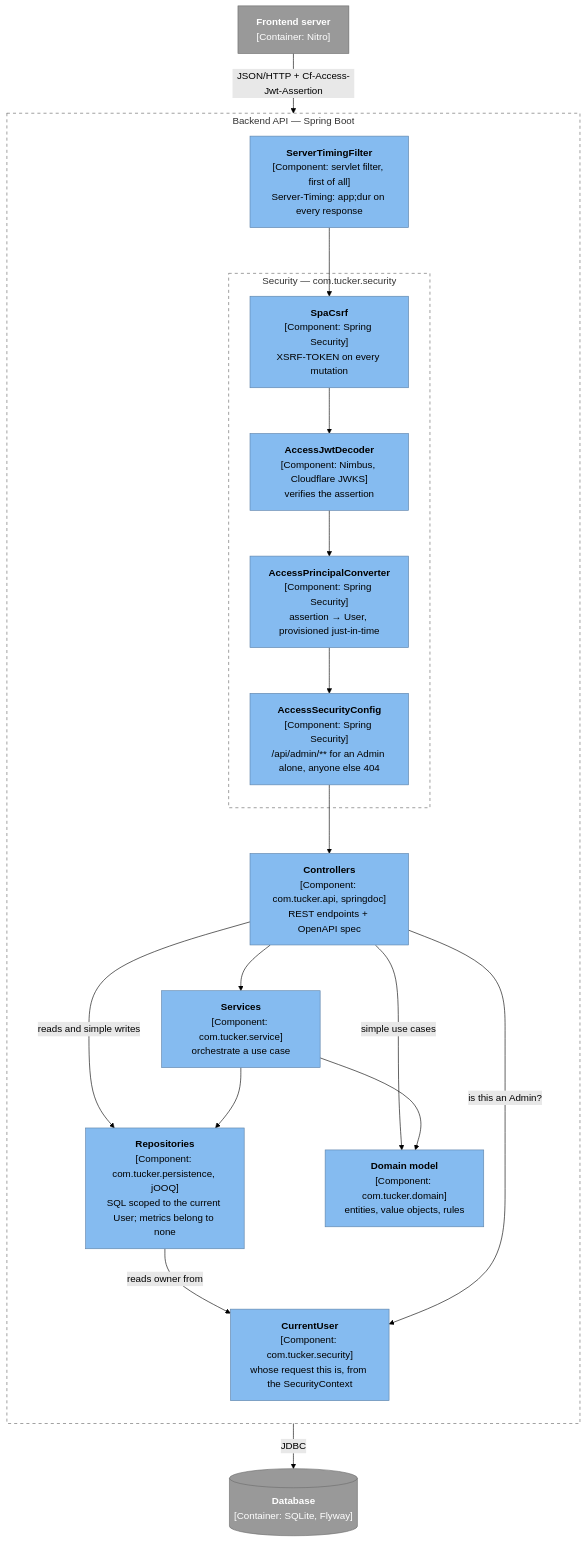
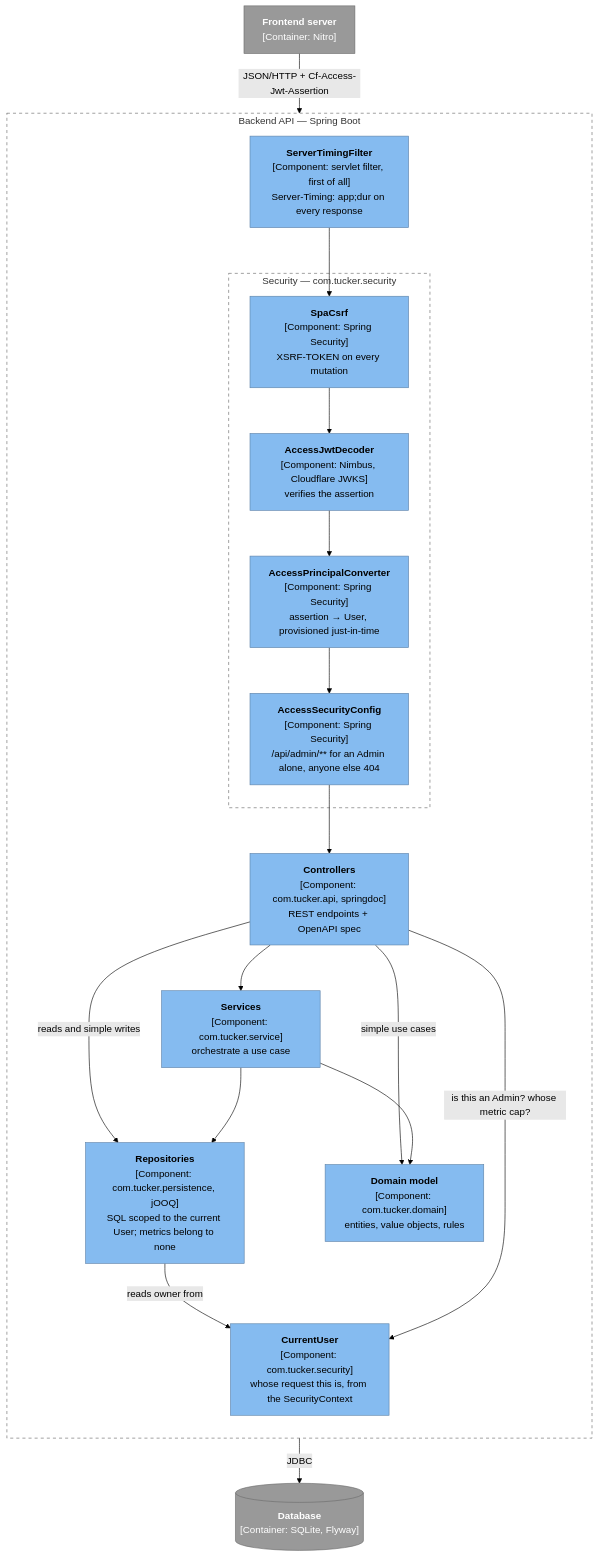
Before and after one commit to skrymer/tucker: the fourth of 10 diagrams in docs/architecture.md, drawn with Mermaid (forest theme). The commit also changed other lines of this file and 2 other files, not shown here.

Commit message:
Gate 4 (#525): ADR 0010 reads true with two scheduled jobs
ADR 0010 still said Tucker has exactly one @Scheduled job, with nothing to run
concurrently with on its one thread. It now names the reminder job as one of two,
and says the metric prune shares the thread at 03:30, away from the hourly tick.
RunAsCallSitesTest's message names the one job that acts as a User, and the
container and request-path diagrams draw the prune cron and the cap's read of
CurrentUser.

````diff
--- a/docs/architecture.md
+++ b/docs/architecture.md
@@ -160,41 +160,41 @@
 ```mermaid
 flowchart TD
   web["<b>Frontend server</b><br/>[Container: Nitro]"]:::ext
 
   subgraph api["Backend API — Spring Boot"]
     direction TB
     timing["<b>ServerTimingFilter</b><br/>[Component: servlet filter, first of all]<br/>Server-Timing: app;dur on every response"]:::component
     subgraph sec["Security — com.tucker.security"]
       jwt["<b>AccessJwtDecoder</b><br/>[Component: Nimbus, Cloudflare JWKS]<br/>verifies the assertion"]:::component
       principal["<b>AccessPrincipalConverter</b><br/>[Component: Spring Security]<br/>assertion → User, provisioned just-in-time"]:::component
       csrf["<b>SpaCsrf</b><br/>[Component: Spring Security]<br/>XSRF-TOKEN on every mutation"]:::component
       authz["<b>AccessSecurityConfig</b><br/>[Component: Spring Security]<br/>/api/admin/** for an Admin alone, anyone else 404"]:::component
     end
     current["<b>CurrentUser</b><br/>[Component: com.tucker.security]<br/>whose request this is, from the SecurityContext"]:::component
     controllers["<b>Controllers</b><br/>[Component: com.tucker.api, springdoc]<br/>REST endpoints + OpenAPI spec"]:::component
     services["<b>Services</b><br/>[Component: com.tucker.service]<br/>orchestrate a use case"]:::component
     domain["<b>Domain model</b><br/>[Component: com.tucker.domain]<br/>entities, value objects, rules"]:::component
     repos["<b>Repositories</b><br/>[Component: com.tucker.persistence, jOOQ]<br/>SQL scoped to the current User; metrics belong to none"]:::component
   end
   db[("<b>Database</b><br/>[Container: SQLite, Flyway]")]:::ext
 
   web -- "JSON/HTTP + Cf-Access-Jwt-Assertion" --> timing
   timing --> csrf
   csrf --> jwt
   jwt --> principal
   principal --> authz
   authz --> controllers
   controllers --> services
   controllers -- "reads and simple writes" --> repos
   controllers -- "simple use cases" --> domain
   services --> domain
   services --> repos
   repos -- "reads owner from" --> current
-  controllers -- "is this an Admin?" --> current
+  controllers -- "is this an Admin? whose metric cap?" --> current
   repos -- "JDBC" --> db
 
   classDef component fill:#85bbf0,color:#000,stroke:#5d82a8
   classDef ext fill:#999,color:#fff,stroke:#6b6b6b
   style api fill:none,stroke:#666,stroke-dasharray:5 5
   style sec fill:none,stroke:#666,stroke-dasharray:5 5
 ```
````
